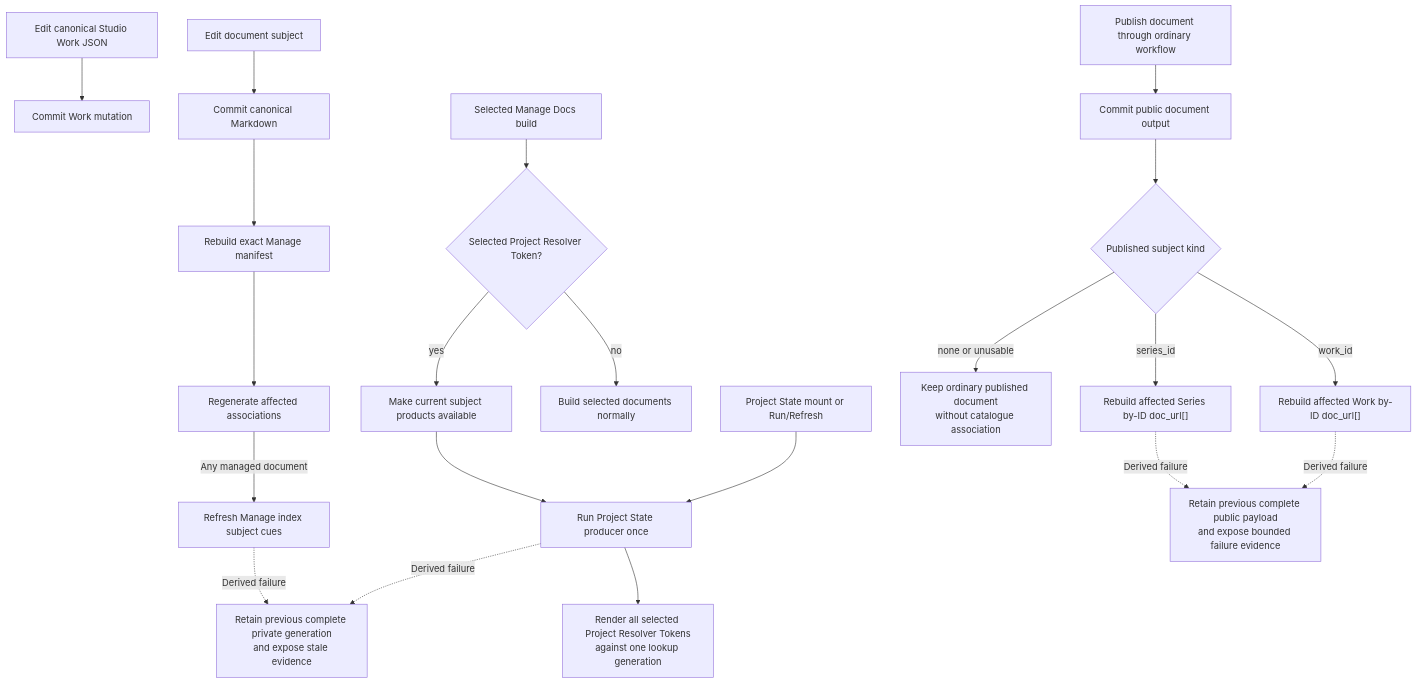
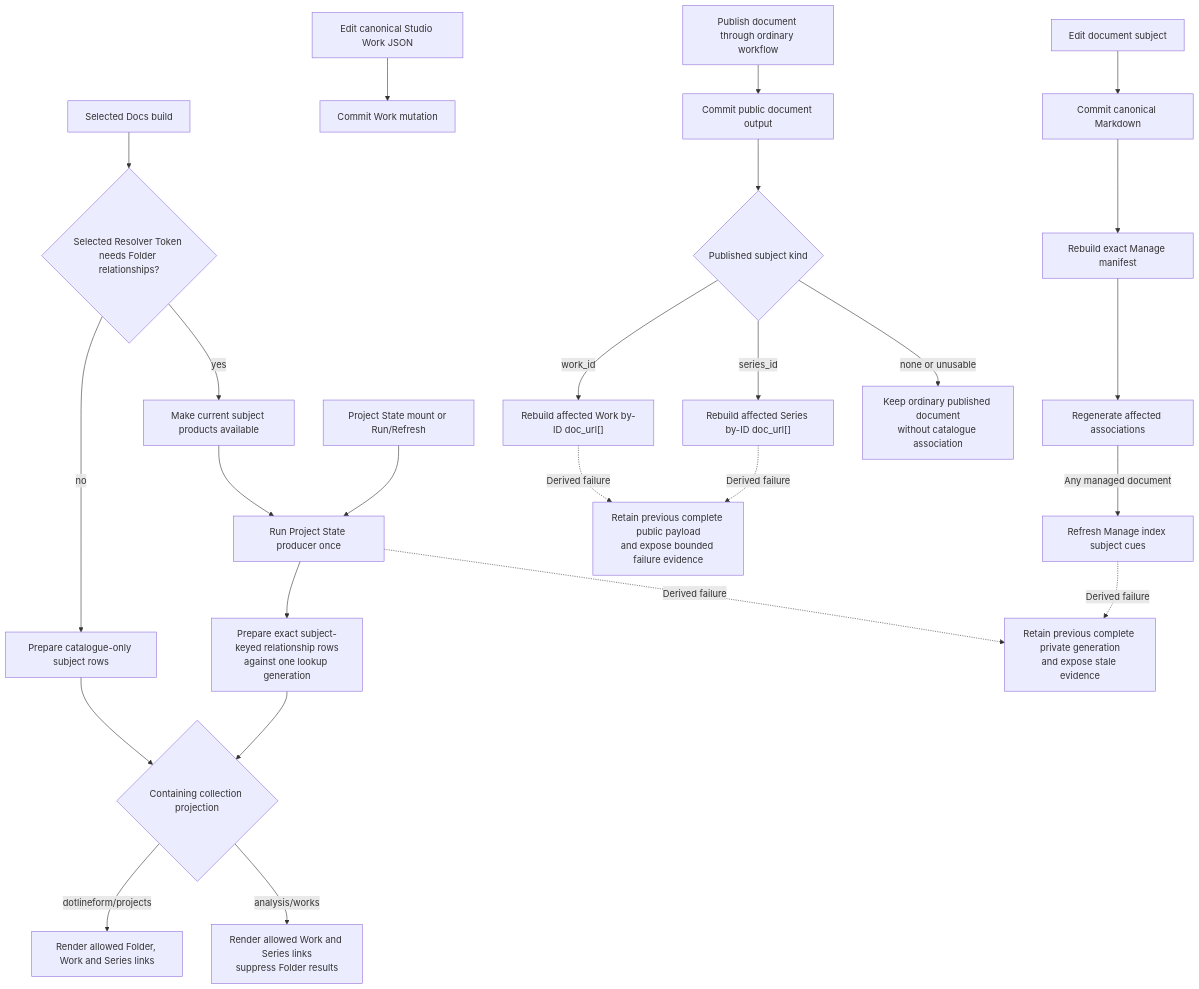
Before and after one commit to dotlineform/dotlineform-site: the second of 2 diagrams in docs-viewer/scopes/studio/source/documents/d-20260802-194358-7717ee.md, drawn with Mermaid. The commit also changed other lines of this file and 16 other files, not shown here.

````diff
--- a/docs-viewer/scopes/studio/source/documents/d-20260802-194358-7717ee.md
+++ b/docs-viewer/scopes/studio/source/documents/d-20260802-194358-7717ee.md
@@ -228,31 +239,35 @@
 ```mermaid
 flowchart TD
     accTitle: Sub-Scope Publishing mutation and refresh boundaries
-    accDescr: Canonical mutations retain their owners; a selected Manage build refreshes Project State once before consuming Project Resolver Tokens, and derived failure retains the previous complete generation.
+    accDescr: Canonical mutations retain their owners; a selected build refreshes Project State once when Resolver Tokens need Folder relationships, then collection projection decides which results can enter output.
 
     docEdit["Edit document subject"] --> docCommit["Commit canonical Markdown"]
     docCommit --> manageBuild["Rebuild exact Manage manifest"]
     manageBuild --> associationBuild["Regenerate affected associations"]
     associationBuild -->|"Any managed document"| indexCues["Refresh Manage index subject cues"]
 
     workEdit["Edit canonical Studio Work JSON"] --> workCommit["Commit Work mutation"]
 
-    selectedBuild["Selected Manage Docs build"] --> tokenPlan{"Selected Project Resolver Token?"}
-    tokenPlan -->|"no"| ordinaryBuild["Build selected documents normally"]
+    selectedBuild["Selected Docs build"] --> tokenPlan{"Selected Resolver Token needs Folder relationships?"}
+    tokenPlan -->|"no"| catalogueRows["Prepare catalogue-only subject rows"]
     tokenPlan -->|"yes"| currentSubjects["Make current subject products available"]
     currentSubjects --> projectRefresh["Run Project State producer once"]
-    projectRefresh --> referenceBuild["Render all selected Project Resolver Tokens<br/>against one lookup generation"]
+    projectRefresh --> relationshipRows["Prepare exact subject-keyed relationship rows<br/>against one lookup generation"]
+    catalogueRows --> projection{"Containing collection projection"}
+    relationshipRows --> projection
+    projection -->|"dotlineform/projects"| manageReferences["Render allowed Folder, Work and Series links"]
+    projection -->|"analysis/works"| analysisReferences["Render allowed Work and Series links<br/>suppress Folder results"]
 
     reportRun["Project State mount or Run/Refresh"] --> projectRefresh
 
     publish["Publish document through ordinary workflow"] --> publicDocs["Commit public document output"]
     publicDocs --> subjectRoute{"Published subject kind"}
     subjectRoute -->|"work_id"| workJson["Rebuild affected Work by-ID doc_url[]"]
     subjectRoute -->|"series_id"| seriesJson["Rebuild affected Series by-ID doc_url[]"]
     subjectRoute -->|"none or unusable"| ordinaryPublic["Keep ordinary published document<br/>without catalogue association"]
 
     projectRefresh -. "Derived failure" .-> privateStale["Retain previous complete private generation<br/>and expose stale evidence"]
     indexCues -. "Derived failure" .-> privateStale
     workJson -. "Derived failure" .-> publicStale["Retain previous complete public payload<br/>and expose bounded failure evidence"]
     seriesJson -. "Derived failure" .-> publicStale
 ```
````
